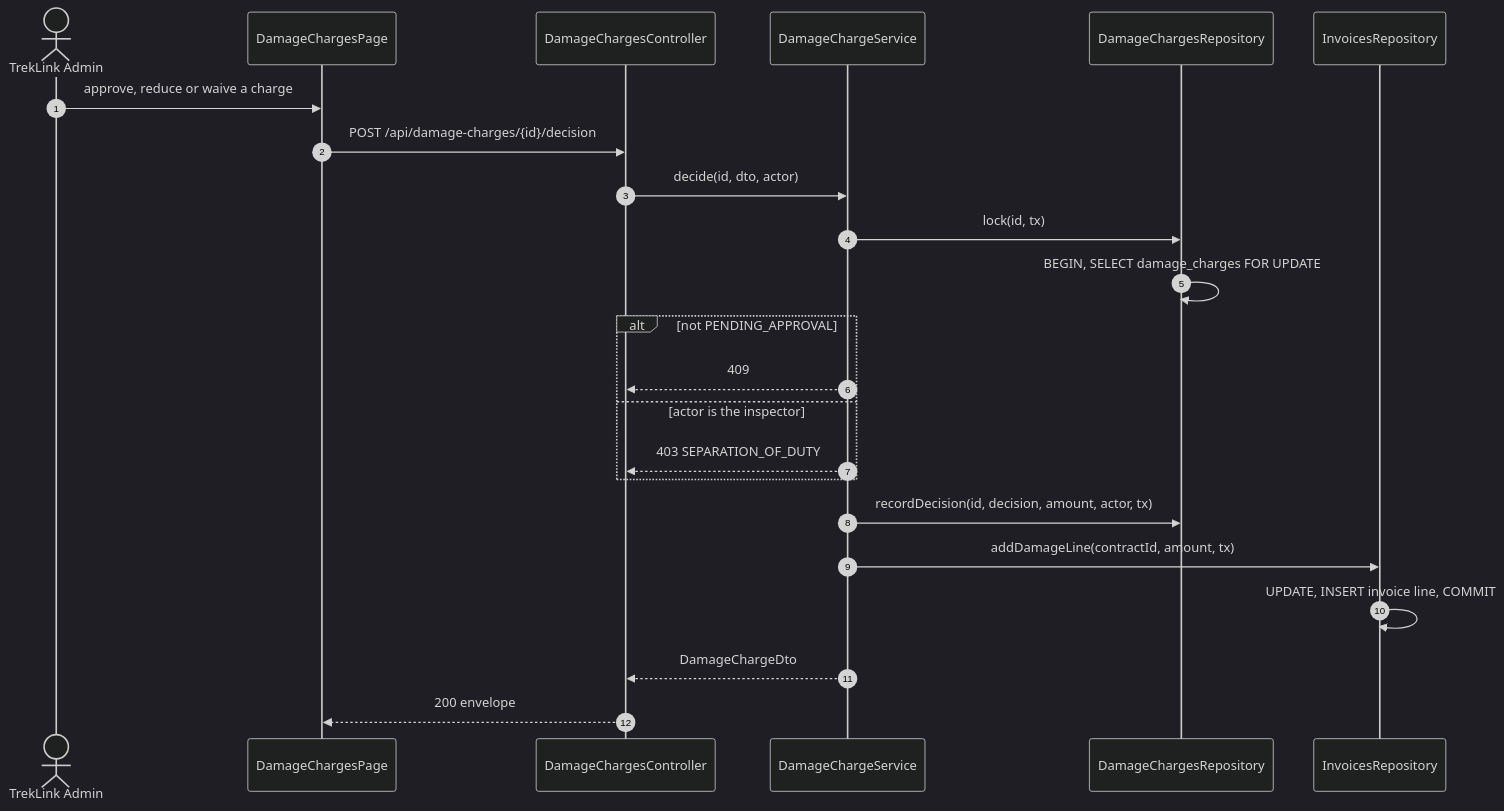
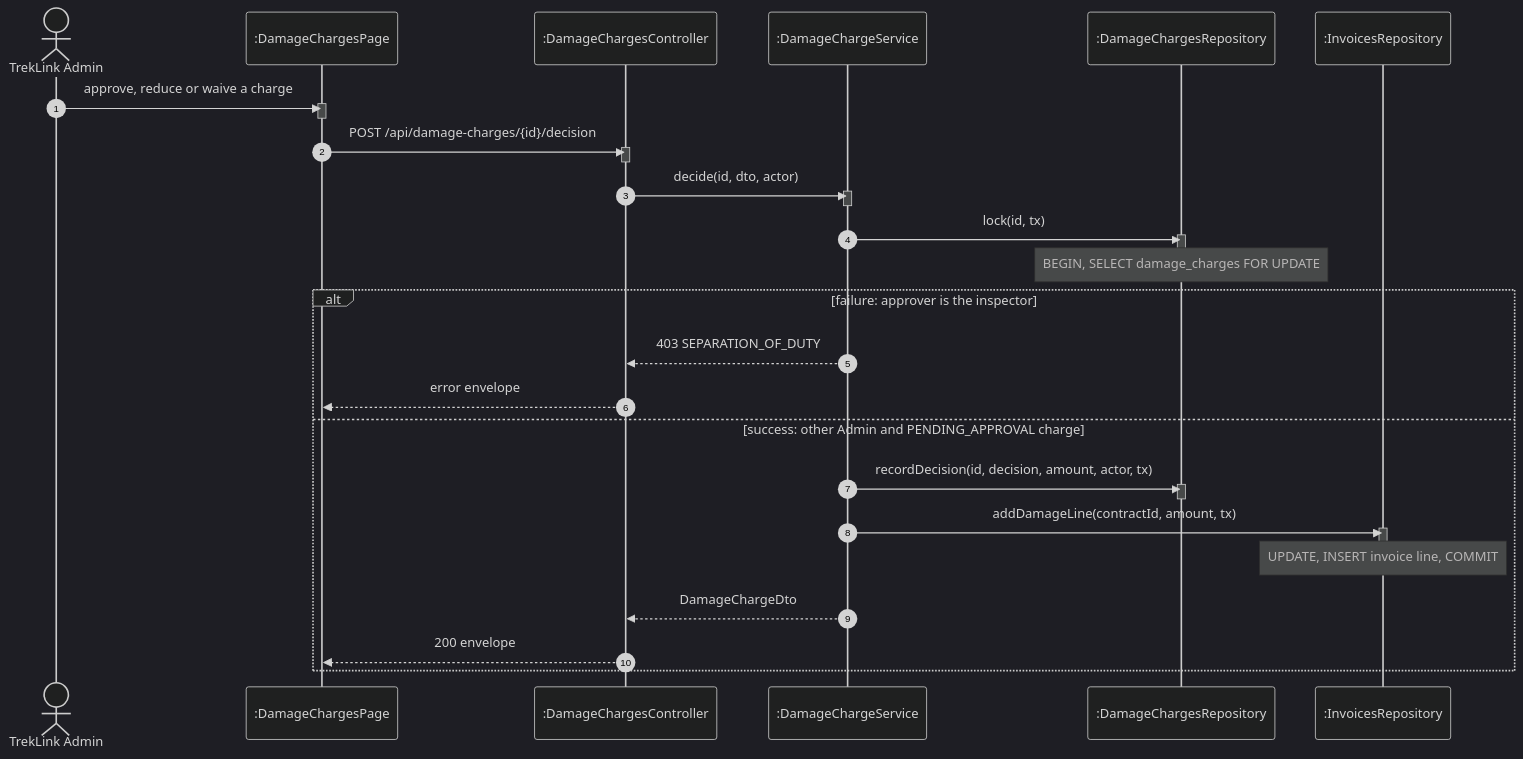
Before and after one commit to TrekLink-Team/treklink-web: diagram 12 of 17 in specs/billing/design.md, drawn with Mermaid (dark theme). The commit also changed other lines of this file and 2 other files, not shown here.

First line of the commit message:
docs: one alt per sequence, code-true guards and per-use-case class panels (review of #113)

````diff
--- a/specs/billing/design.md
+++ b/specs/billing/design.md
@@ -338,25 +501,37 @@
 ```mermaid
 sequenceDiagram
     autonumber
     actor Ad as TrekLink Admin
-    participant P as DamageChargesPage
-    participant C as DamageChargesController
-    participant S as DamageChargeService
-    participant R as DamageChargesRepository
-    participant IR as InvoicesRepository
+    participant P as :DamageChargesPage
+    participant C as :DamageChargesController
+    participant S as :DamageChargeService
+    participant R as :DamageChargesRepository
+    participant IR as :InvoicesRepository
     Ad->>P: approve, reduce or waive a charge
+    activate P
+    deactivate P
     P->>C: POST /api/damage-charges/{id}/decision
+    activate C
+    deactivate C
     C->>S: decide(id, dto, actor)
+    activate S
+    deactivate S
     S->>R: lock(id, tx)
-    R->>R: BEGIN, SELECT damage_charges FOR UPDATE
-    alt not PENDING_APPROVAL
-        S-->>C: 409
-    else actor is the inspector
+    activate R
+    deactivate R
+    Note over R: BEGIN, SELECT damage_charges FOR UPDATE
+    alt failure: approver is the inspector
         S-->>C: 403 SEPARATION_OF_DUTY
-    end
+        C-->>P: error envelope
+    else success: other Admin and PENDING_APPROVAL charge
     S->>R: recordDecision(id, decision, amount, actor, tx)
+    activate R
+    deactivate R
     S->>IR: addDamageLine(contractId, amount, tx)
-    IR->>IR: UPDATE, INSERT invoice line, COMMIT
+    activate IR
+    deactivate IR
+    Note over IR: UPDATE, INSERT invoice line, COMMIT
     S-->>C: DamageChargeDto
     C-->>P: 200 envelope
+    end
 ```
````
